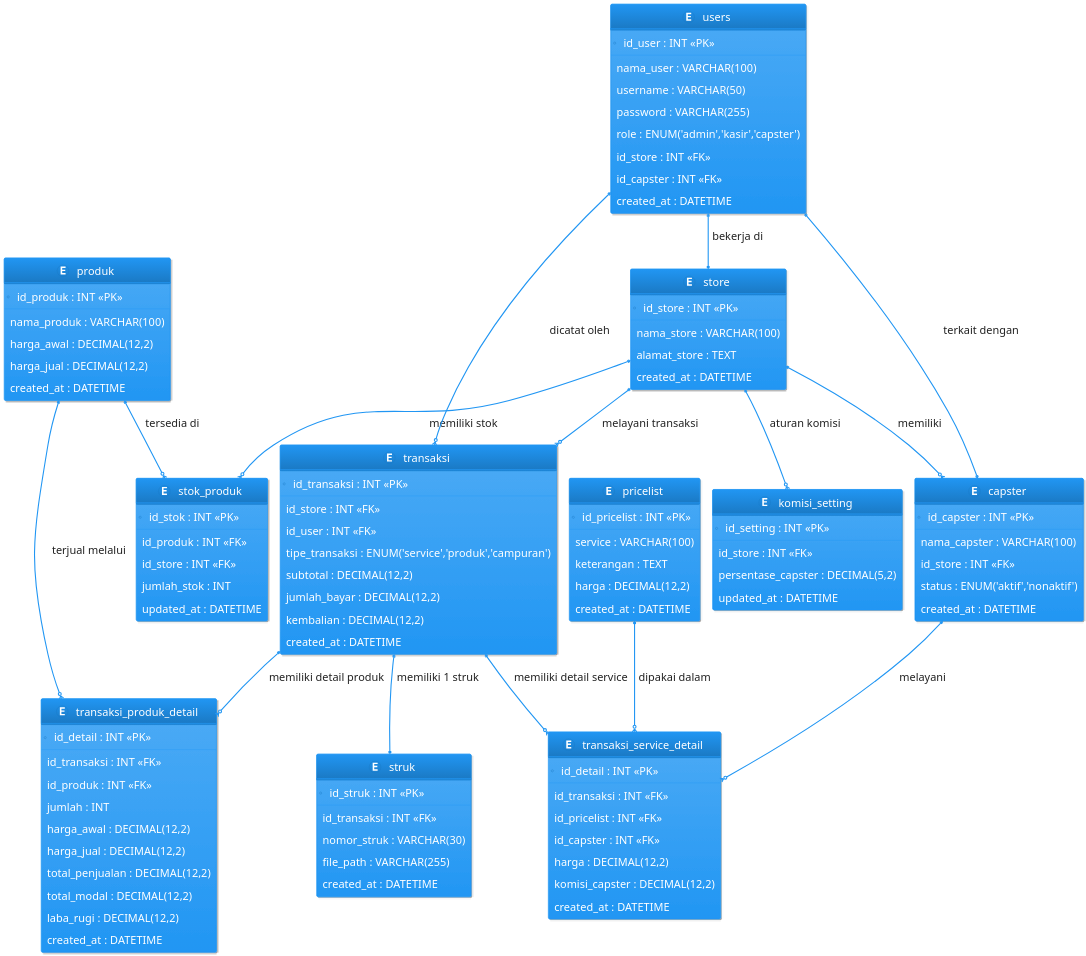
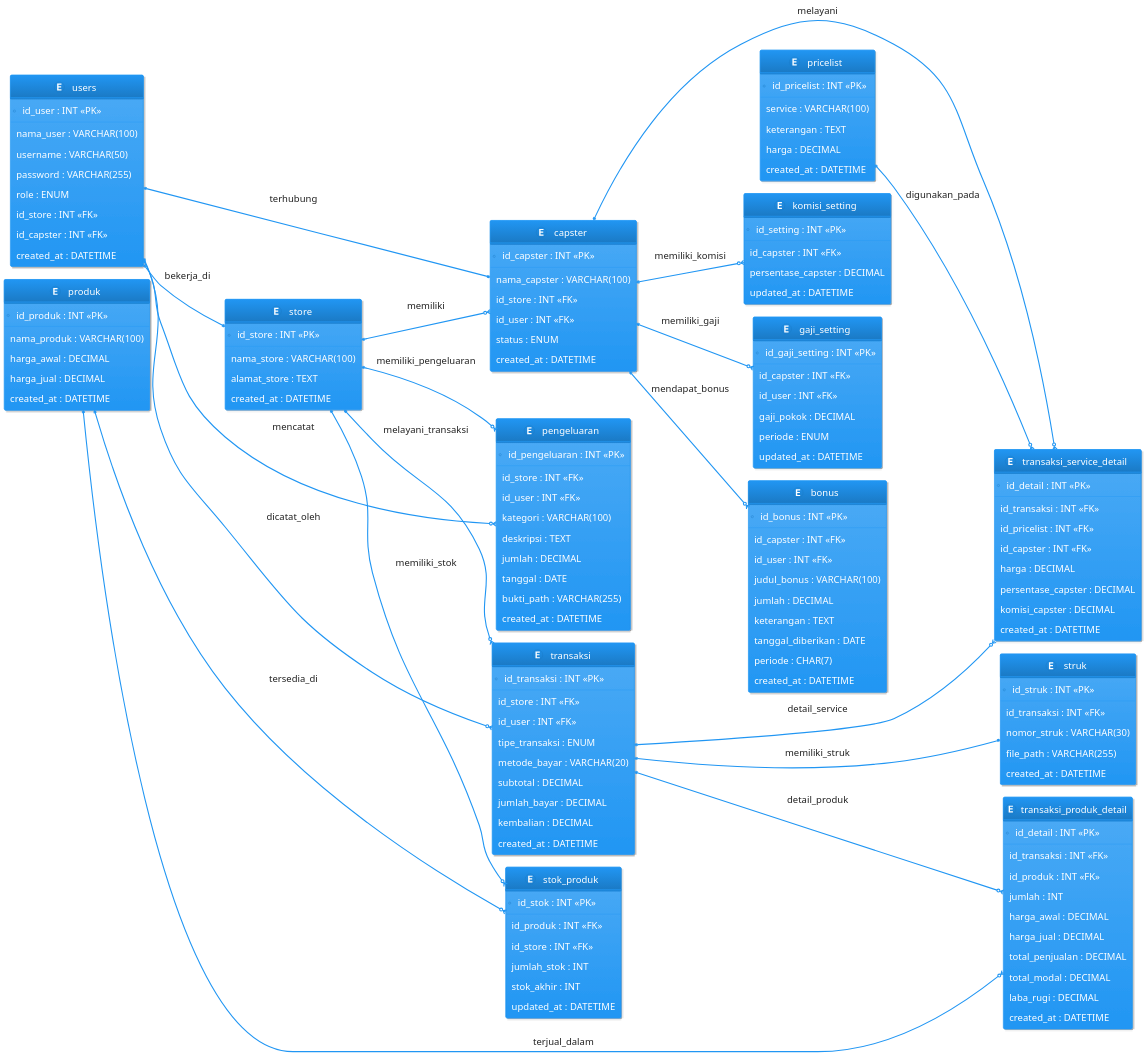
Before and after one commit to fermanferdaus/sikabar: the diagram in barbershop.erd.puml, drawn with PlantUML. The commit also changed 10 other files, not shown here.

```diff
--- a/barbershop.erd.puml
+++ b/barbershop.erd.puml
@@ -2,149 +2,206 @@
 !theme materia
 
 skinparam defaultFontName "Consolas"
-skinparam defaultFontSize 30
+skinparam defaultFontSize 26
 skinparam entity {
-  FontSize 30
-  FontName "Consolas"
+  FontSize 24
   BackgroundColor #FFFFFF
   BorderColor #555555
 }
 skinparam note {
-  FontSize 30
+  FontSize 22
 }
 
+left to right direction
 
-entity "users" as users {
-  *id_user : INT <<PK>>
-  --
-  nama_user : VARCHAR(100)
-  username : VARCHAR(50)
-  password : VARCHAR(255)
-  role : ENUM('admin','kasir','capster')
-  id_store : INT <<FK>>
-  id_capster : INT <<FK>>
-  created_at : DATETIME
+' ===========================
+'        ENTITIES
+' ===========================
+
+together {
+  entity "users" as users {
+    *id_user : INT <<PK>>
+    --
+    nama_user : VARCHAR(100)
+    username : VARCHAR(50)
+    password : VARCHAR(255)
+    role : ENUM
+    id_store : INT <<FK>>
+    id_capster : INT <<FK>>
+    created_at : DATETIME
+  }
+
+  entity "store" as store {
+    *id_store : INT <<PK>>
+    --
+    nama_store : VARCHAR(100)
+    alamat_store : TEXT
+    created_at : DATETIME
+  }
+
+  entity "capster" as capster {
+    *id_capster : INT <<PK>>
+    --
+    nama_capster : VARCHAR(100)
+    id_store : INT <<FK>>
+    id_user : INT <<FK>>
+    status : ENUM
+    created_at : DATETIME
+  }
+
+  entity "produk" as produk {
+    *id_produk : INT <<PK>>
+    --
+    nama_produk : VARCHAR(100)
+    harga_awal : DECIMAL
+    harga_jual : DECIMAL
+    created_at : DATETIME
+  }
 }
 
-entity "store" as store {
-  *id_store : INT <<PK>>
-  --
-  nama_store : VARCHAR(100)
-  alamat_store : TEXT
-  created_at : DATETIME
+together {
+  entity "pengeluaran" as pengeluaran {
+    *id_pengeluaran : INT <<PK>>
+    --
+    id_store : INT <<FK>>
+    id_user : INT <<FK>>
+    kategori : VARCHAR(100)
+    deskripsi : TEXT
+    jumlah : DECIMAL
+    tanggal : DATE
+    bukti_path : VARCHAR(255)
+    created_at : DATETIME
+  }
+
+  entity "stok_produk" as stok_produk {
+    *id_stok : INT <<PK>>
+    --
+    id_produk : INT <<FK>>
+    id_store : INT <<FK>>
+    jumlah_stok : INT
+    stok_akhir : INT
+    updated_at : DATETIME
+  }
+
+  entity "transaksi" as transaksi {
+    *id_transaksi : INT <<PK>>
+    --
+    id_store : INT <<FK>>
+    id_user : INT <<FK>>
+    tipe_transaksi : ENUM
+    metode_bayar : VARCHAR(20)
+    subtotal : DECIMAL
+    jumlah_bayar : DECIMAL
+    kembalian : DECIMAL
+    created_at : DATETIME
+  }
 }
 
-entity "capster" as capster {
-  *id_capster : INT <<PK>>
-  --
-  nama_capster : VARCHAR(100)
-  id_store : INT <<FK>>
-  status : ENUM('aktif','nonaktif')
-  created_at : DATETIME
+together {
+  entity "struk" as struk {
+    *id_struk : INT <<PK>>
+    --
+    id_transaksi : INT <<FK>>
+    nomor_struk : VARCHAR(30)
+    file_path : VARCHAR(255)
+    created_at : DATETIME
+  }
+
+  entity "transaksi_service_detail" as transaksi_service_detail {
+    *id_detail : INT <<PK>>
+    --
+    id_transaksi : INT <<FK>>
+    id_pricelist : INT <<FK>>
+    id_capster : INT <<FK>>
+    harga : DECIMAL
+    persentase_capster : DECIMAL
+    komisi_capster : DECIMAL
+    created_at : DATETIME
+  }
+
+  entity "transaksi_produk_detail" as transaksi_produk_detail {
+    *id_detail : INT <<PK>>
+    --
+    id_transaksi : INT <<FK>>
+    id_produk : INT <<FK>>
+    jumlah : INT
+    harga_awal : DECIMAL
+    harga_jual : DECIMAL
+    total_penjualan : DECIMAL
+    total_modal : DECIMAL
+    laba_rugi : DECIMAL
+    created_at : DATETIME
+  }
 }
 
-entity "komisi_setting" as komisi_setting {
-  *id_setting : INT <<PK>>
-  --
-  id_store : INT <<FK>>
-  persentase_capster : DECIMAL(5,2)
-  updated_at : DATETIME
+together {
+  entity "pricelist" as pricelist {
+    *id_pricelist : INT <<PK>>
+    --
+    service : VARCHAR(100)
+    keterangan : TEXT
+    harga : DECIMAL
+    created_at : DATETIME
+  }
+
+  entity "komisi_setting" as komisi_setting {
+    *id_setting : INT <<PK>>
+    --
+    id_capster : INT <<FK>>
+    persentase_capster : DECIMAL
+    updated_at : DATETIME
+  }
+
+  entity "gaji_setting" as gaji_setting {
+    *id_gaji_setting : INT <<PK>>
+    --
+    id_capster : INT <<FK>>
+    id_user : INT <<FK>>
+    gaji_pokok : DECIMAL
+    periode : ENUM
+    updated_at : DATETIME
+  }
+
+  entity "bonus" as bonus {
+    *id_bonus : INT <<PK>>
+    --
+    id_capster : INT <<FK>>
+    id_user : INT <<FK>>
+    judul_bonus : VARCHAR(100)
+    jumlah : DECIMAL
+    keterangan : TEXT
+    tanggal_diberikan : DATE
+    periode : CHAR(7)
+    created_at : DATETIME
+  }
 }
 
-entity "pricelist" as pricelist {
-  *id_pricelist : INT <<PK>>
-  --
-  service : VARCHAR(100)
-  keterangan : TEXT
-  harga : DECIMAL(12,2)
-  created_at : DATETIME
-}
+' ===========================
+'       RELATIONSHIPS
+' ===========================
 
-entity "produk" as produk {
-  *id_produk : INT <<PK>>
-  --
-  nama_produk : VARCHAR(100)
-  harga_awal : DECIMAL(12,2)
-  harga_jual : DECIMAL(12,2)
-  created_at : DATETIME
-}
+store ||--o{ capster : memiliki
+store ||--o{ stok_produk : memiliki_stok
+store ||--o{ transaksi : melayani_transaksi
+store ||--o{ pengeluaran : memiliki_pengeluaran
 
-entity "stok_produk" as stok_produk {
-  *id_stok : INT <<PK>>
-  --
-  id_produk : INT <<FK>>
-  id_store : INT <<FK>>
-  jumlah_stok : INT
-  updated_at : DATETIME
-}
+users ||--o{ transaksi : dicatat_oleh
+users ||--o{ pengeluaran : mencatat
+users ||--|| capster : terhubung
+users ||--|| store : bekerja_di
 
-entity "transaksi" as transaksi {
-  *id_transaksi : INT <<PK>>
-  --
-  id_store : INT <<FK>>
-  id_user : INT <<FK>>
-  tipe_transaksi : ENUM('service','produk','campuran')
-  subtotal : DECIMAL(12,2)
-  jumlah_bayar : DECIMAL(12,2)
-  kembalian : DECIMAL(12,2)
-  created_at : DATETIME
-}
+capster ||--o{ komisi_setting : memiliki_komisi
+capster ||--o{ gaji_setting : memiliki_gaji
+capster ||--o{ bonus : mendapat_bonus
+capster ||--o{ transaksi_service_detail : melayani
 
-entity "transaksi_service_detail" as transaksi_service_detail {
-  *id_detail : INT <<PK>>
-  --
-  id_transaksi : INT <<FK>>
-  id_pricelist : INT <<FK>>
-  id_capster : INT <<FK>>
-  harga : DECIMAL(12,2)
-  komisi_capster : DECIMAL(12,2)
-  created_at : DATETIME
-}
+produk ||--o{ stok_produk : tersedia_di
+produk ||--o{ transaksi_produk_detail : terjual_dalam
 
-entity "transaksi_produk_detail" as transaksi_produk_detail {
-  *id_detail : INT <<PK>>
-  --
-  id_transaksi : INT <<FK>>
-  id_produk : INT <<FK>>
-  jumlah : INT
-  harga_awal : DECIMAL(12,2)
-  harga_jual : DECIMAL(12,2)
-  total_penjualan : DECIMAL(12,2)
-  total_modal : DECIMAL(12,2)
-  laba_rugi : DECIMAL(12,2)
-  created_at : DATETIME
-}
+pricelist ||--o{ transaksi_service_detail : digunakan_pada
 
-entity "struk" as struk {
-  *id_struk : INT <<PK>>
-  --
-  id_transaksi : INT <<FK>>
-  nomor_struk : VARCHAR(30)
-  file_path : VARCHAR(255)
-  created_at : DATETIME
-}
-
-'============================
-' RELATIONSHIPS
-'============================
-
-store ||--o{ capster : "memiliki"
-store ||--o{ komisi_setting : "aturan komisi"
-store ||--o{ stok_produk : "memiliki stok"
-store ||--o{ transaksi : "melayani transaksi"
-
-users ||--o{ transaksi : "dicatat oleh"
-users ||--|| store : "bekerja di"
-users ||--|| capster : "terkait dengan"
-
-produk ||--o{ stok_produk : "tersedia di"
-produk ||--o{ transaksi_produk_detail : "terjual melalui"
-
-pricelist ||--o{ transaksi_service_detail : "dipakai dalam"
-capster ||--o{ transaksi_service_detail : "melayani"
-
-transaksi ||--o{ transaksi_service_detail : "memiliki detail service"
-transaksi ||--o{ transaksi_produk_detail : "memiliki detail produk"
-transaksi ||--|| struk : "memiliki 1 struk"
+transaksi ||--o{ transaksi_service_detail : detail_service
+transaksi ||--o{ transaksi_produk_detail : detail_produk
+transaksi ||--|| struk : memiliki_struk
 
 @enduml
```
